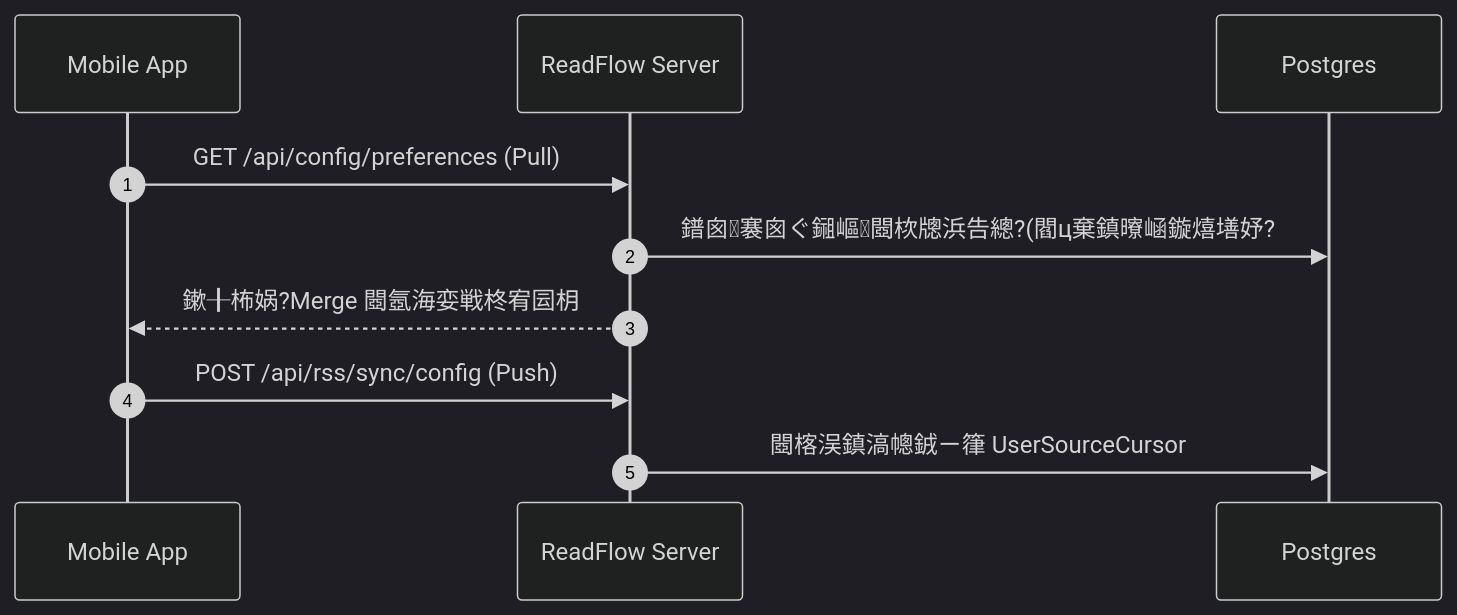
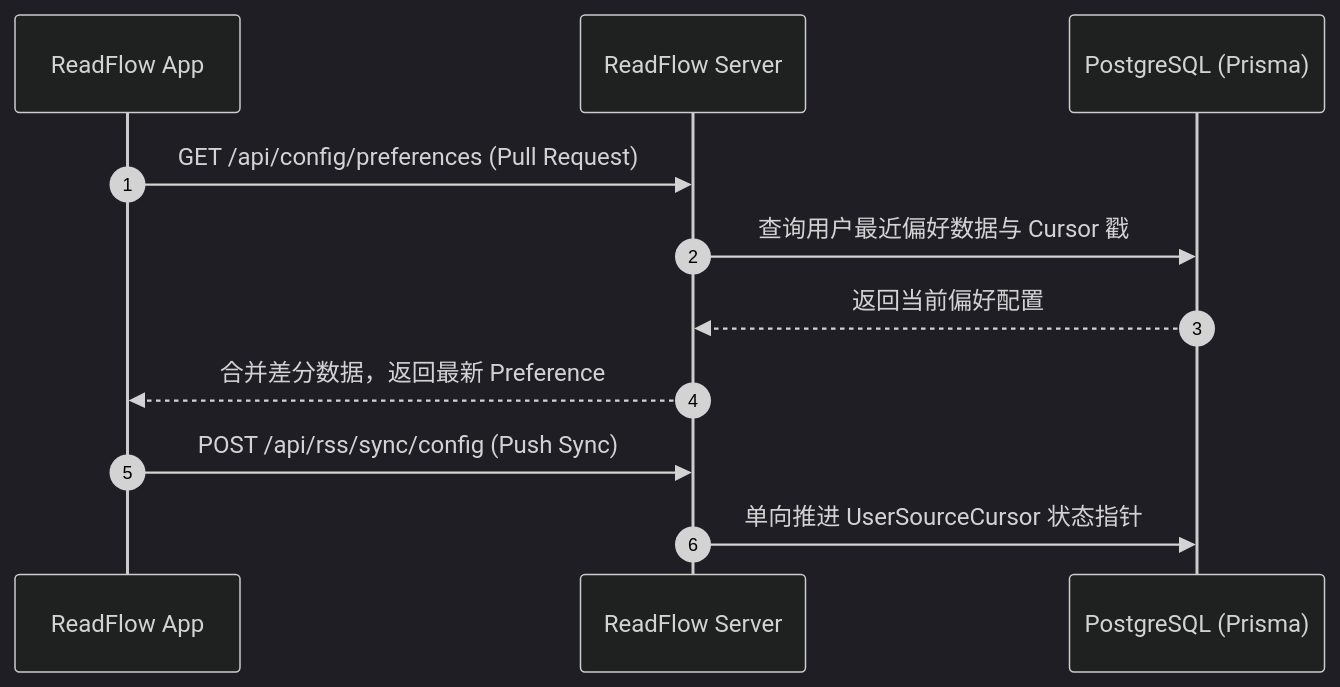
The second of 3 diagrams in README.md (VirgoooooX/ReadFlow), drawn with Mermaid (dark theme) before and after one commit. The commit also changed other lines of this file and 2 other files, not shown here.

````diff
--- a/README.md
+++ b/README.md
@@ -70,13 +123,14 @@
 ```mermaid
 sequenceDiagram
   autonumber
-  participant A as Mobile App
-  participant S as ReadFlow Server
-  participant P as Postgres
+  participant App as ReadFlow App
+  participant Server as ReadFlow Server
+  participant DB as PostgreSQL (Prisma)
 
-  A->>S: GET /api/config/preferences (Pull)
-  S->>P: 鐠囪褰囪ぐ鎺嶇閸栨牕浜告總?(閻ц棄鎮曢崡鏇熺墡妤?
-  S-->>A: 鏉╂柨娲?Merge 閸氬海娈戦柊宥囩枂
-  A->>S: POST /api/rss/sync/config (Push)
-  S->>P: 閸楁洖鎮滈幒銊ㄧ箻 UserSourceCursor
+  App->>Server: GET /api/config/preferences (Pull Request)
+  Server->>DB: 查询用户最近偏好数据与 Cursor 戳
+  DB-->>Server: 返回当前偏好配置
+  Server-->>App: 合并差分数据，返回最新 Preference
+  App->>Server: POST /api/rss/sync/config (Push Sync)
+  Server->>DB: 单向推进 UserSourceCursor 状态指针
 ```
````
